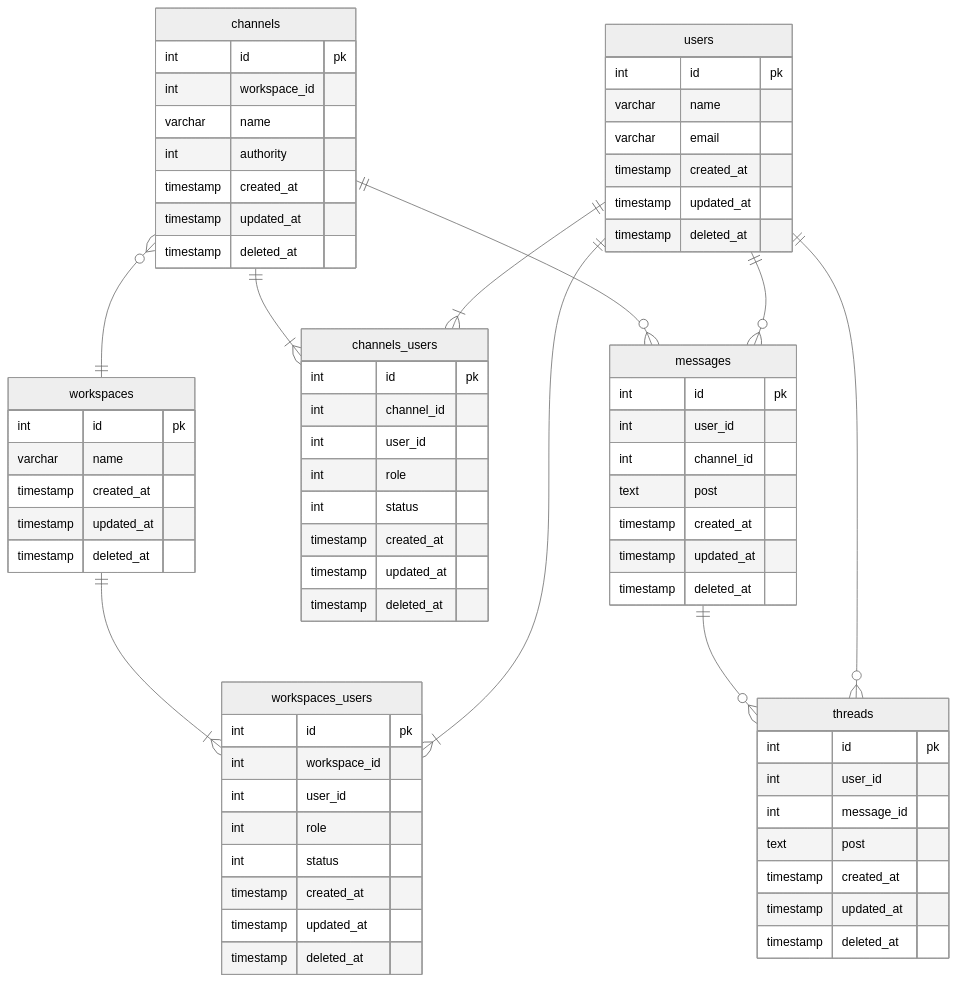
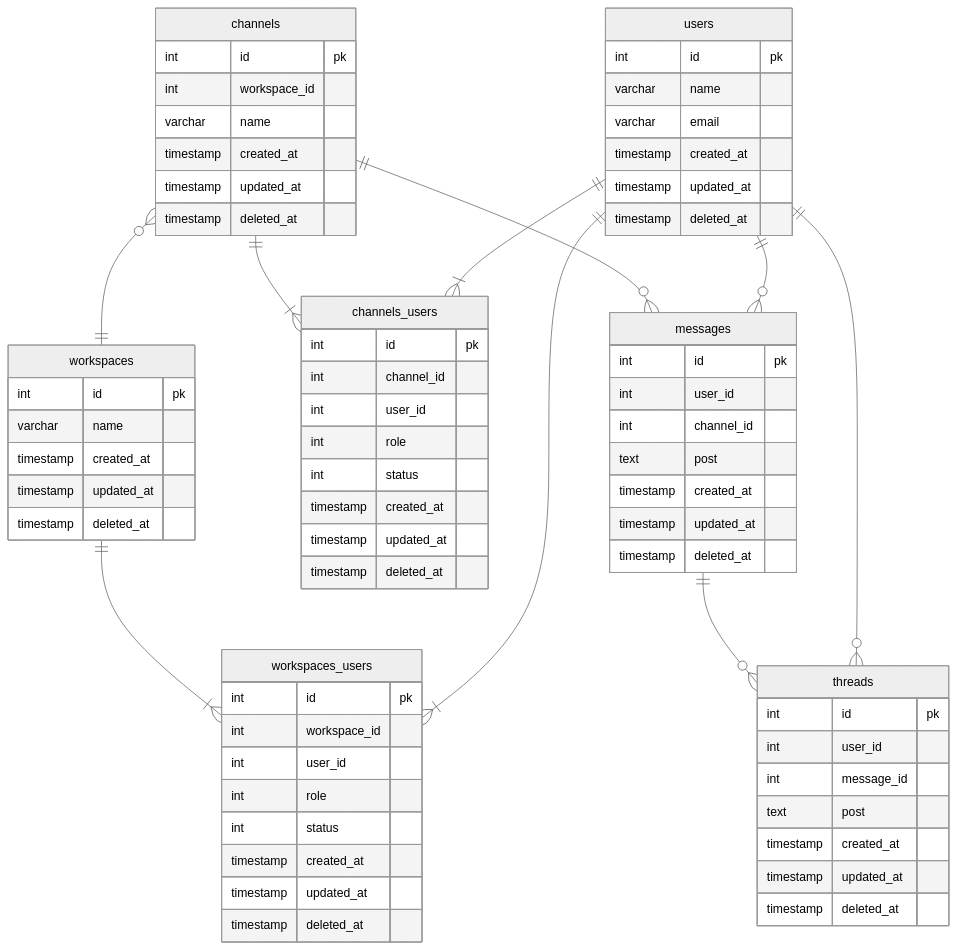
Before and after one commit to zyumax/pc_task: the diagram in データベースモデリング2/課題1/課題1-1.md, drawn with Mermaid (neutral theme).

Commit message:
チャンネルテーブル修正

```diff
--- a/データベースモデリング2/課題1/課題1-1.md
+++ b/データベースモデリング2/課題1/課題1-1.md
@@ -39,7 +39,6 @@
   int id pk
   int workspace_id
   varchar name
-  int authority
   timestamp created_at
   timestamp updated_at
   timestamp deleted_at
```
